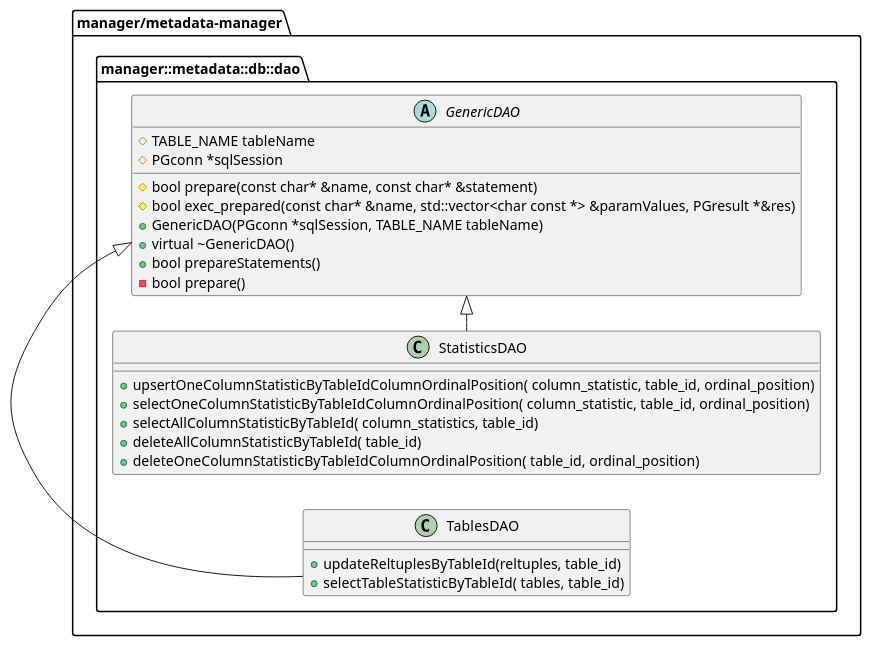
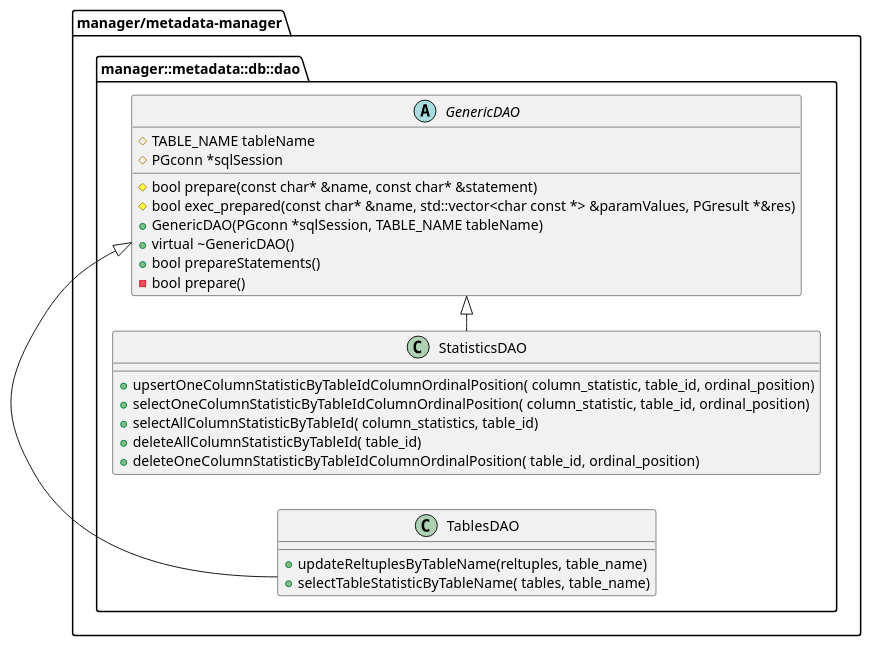
Before and after one commit to project-tsurugi/metadata-manager: the fifth of 7 diagrams in metadata-manager/docs/statistic/02.FD/uml/ClassDiagram_detail.pu, drawn with PlantUML. The commit also changed other lines of this file and 9 other files, not shown here.

```diff
--- a/metadata-manager/docs/statistic/02.FD/uml/ClassDiagram_detail.pu
+++ b/metadata-manager/docs/statistic/02.FD/uml/ClassDiagram_detail.pu
@@ -226,39 +226,39 @@
 @startuml ClassDiagram_detail_dao
 left to right direction
 
 package "manager/metadata-manager" {
   
   package manager::metadata::db::dao{
   
     abstract class GenericDAO
     {
       {field}#TABLE_NAME tableName
 	    {field}#PGconn *sqlSession
       {method}#bool prepare(const char* &name, const char* &statement)
 	    {method}#bool exec_prepared(const char* &name, std::vector<char const *> &paramValues, PGresult *&res)
 	    {method}+GenericDAO(PGconn *sqlSession, TABLE_NAME tableName)
 	    {method}+virtual ~GenericDAO()
       {method}+bool prepareStatements()
       {method}-bool prepare()
     }
 
     class "StatisticsDAO" as StatisticsDAO{
       {method}+upsertOneColumnStatisticByTableIdColumnOrdinalPosition( column_statistic, table_id, ordinal_position)
       {method}+selectOneColumnStatisticByTableIdColumnOrdinalPosition( column_statistic, table_id, ordinal_position)
       {method}+selectAllColumnStatisticByTableId( column_statistics, table_id)
       {method}+deleteAllColumnStatisticByTableId( table_id)
       {method}+deleteOneColumnStatisticByTableIdColumnOrdinalPosition( table_id, ordinal_position)
     }
   
     class "TablesDAO" as TablesDAO{
-      {method}+updateReltuplesByTableId(reltuples, table_id)
-      {method}+selectTableStatisticByTableId( tables, table_id)
+      {method}+updateReltuplesByTableName(reltuples, table_name)
+      {method}+selectTableStatisticByTableName( tables, table_name)
     }
   
   }
 
   StatisticsDAO -|> GenericDAO
   TablesDAO -|> GenericDAO
 }
 
 @enduml
```
